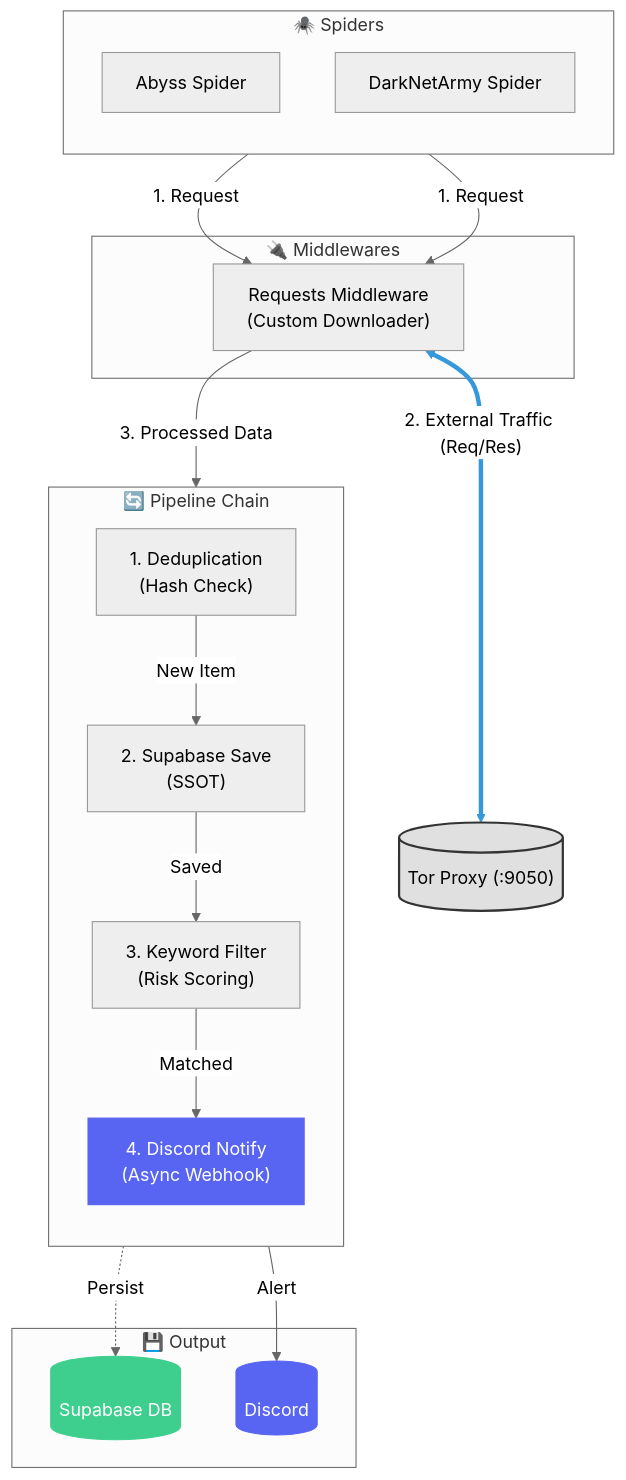
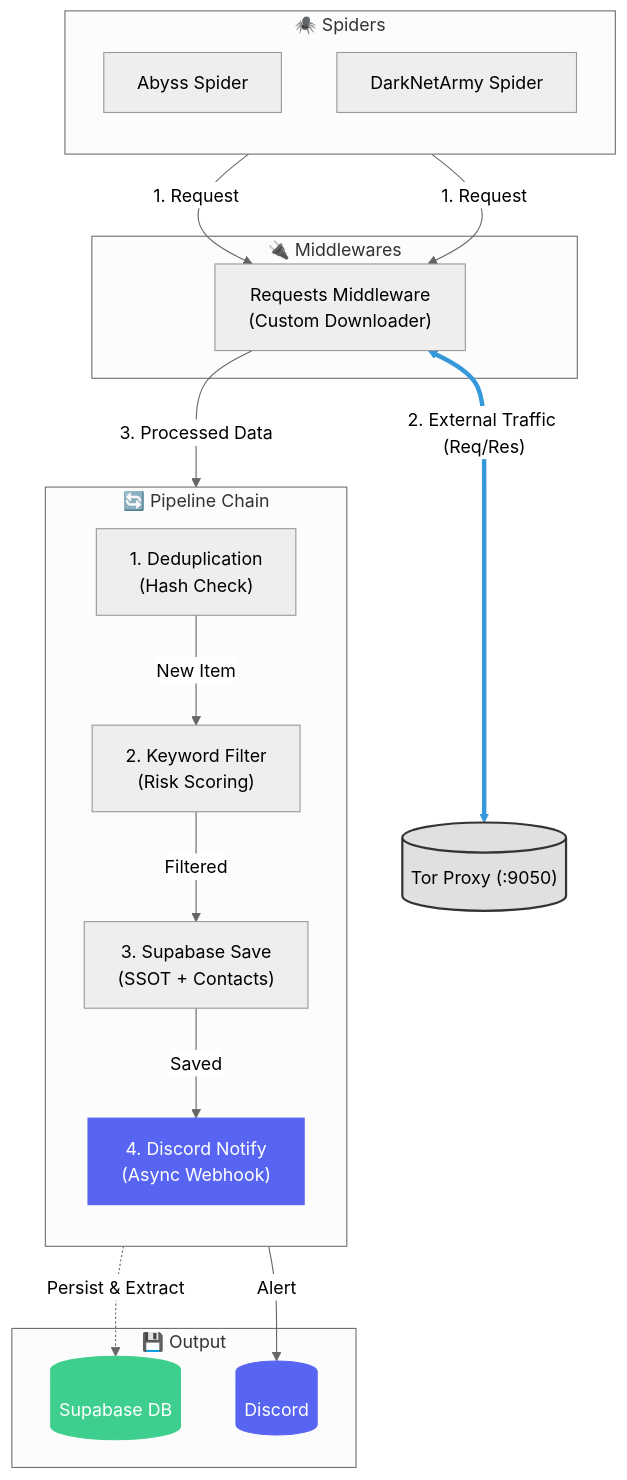
The diagram in README.md (Tri-Best-3/darkweb_crawler_main), drawn with Mermaid (neutral theme) before and after one commit. The commit also changed other lines of this file and 22 other files, not shown here.

````diff
--- a/README.md
+++ b/README.md
@@ -33,48 +44,48 @@
 ```mermaid
 flowchart TD
     %% Nodes
     Tor[("Tor Proxy (:9050)")]
     
     subgraph Spiders ["🕷️ Spiders"]
         direction TB
         Abyss[Abyss Spider]
         DNA[DarkNetArmy Spider]
     end
 
     subgraph Middlewares ["🔌 Middlewares"]
         ReqMW["Requests Middleware<br/>(Custom Downloader)"]
     end
 
     subgraph Pipelines ["🔄 Pipeline Chain"]
         direction TB
         Dedup["1. Deduplication<br/>(Hash Check)"]
-        Supa["2. Supabase Save<br/>(SSOT)"]
-        Kwd["3. Keyword Filter<br/>(Risk Scoring)"]
+        Kwd["2. Keyword Filter<br/>(Risk Scoring)"]
+        Supa["3. Supabase Save<br/>(SSOT + Contacts)"]
         Noti["4. Discord Notify<br/>(Async Webhook)"]
     end
 
     subgraph Output ["💾 Output"]
         Supabase[("Supabase DB")]
         Discord[("Discord")]
     end
 
     Abyss & DNA --> |1. Request| ReqMW
 
     ReqMW <==> |"2. External Traffic (Req/Res)"| Tor
     
     ReqMW --> |3. Processed Data| Dedup
     
-    Dedup --> |New Item| Supa
-    Supa --> |Saved| Kwd
-    Supa -.-> |"Persist"| Supabase
-    Kwd -- "Matched" --> Noti
+    Dedup --> |New Item| Kwd
+    Kwd --> |Filtered| Supa
+    Supa -.-> |"Persist & Extract"| Supabase
+    Supa --> |Saved| Noti
     
     Noti -- "Alert" --> Discord
 
     %% Styling
     style Tor fill:#e0e0e0,stroke:#333,stroke-width:2px
     style Noti fill:#5865F2,stroke:#5865F2,color:#fff
     style Discord fill:#5865F2,stroke:#5865F2,color:#fff
     style Supabase fill:#3ecf8e,stroke:#3ecf8e,color:#fff
     linkStyle 2 stroke:#3498db,stroke-width:4px
 ```
````
